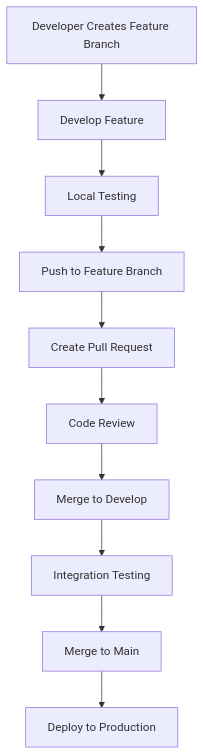
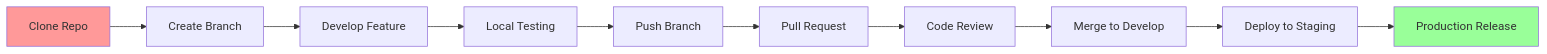
One commit to vestearth/winx98 changed the third of 10 diagrams in README.md. Above: the diagram before and after it, drawn with Mermaid. The commit also changed other lines of this file, not shown here.

````diff
--- a/README.md
+++ b/README.md
@@ -327,12 +136,15 @@
 ```mermaid
-graph TD
-    A[Developer Creates Feature Branch] --> B[Develop Feature]
-    B --> C[Local Testing]
-    C --> D[Push to Feature Branch]
-    D --> E[Create Pull Request]
-    E --> F[Code Review]
-    F --> G[Merge to Develop]
-    G --> H[Integration Testing]
-    H --> I[Merge to Main]
-    I --> J[Deploy to Production]
+flowchart LR
+    A[Clone Repo] --> B[Create Branch]
+    B --> C[Develop Feature]
+    C --> D[Local Testing]
+    D --> E[Push Branch]
+    E --> F[Pull Request]
+    F --> G[Code Review]
+    G --> H[Merge to Develop]
+    H --> I[Deploy to Staging]
+    I --> J[Production Release]
+    
+    style A fill:#ff9999
+    style J fill:#99ff99
 ```
````
